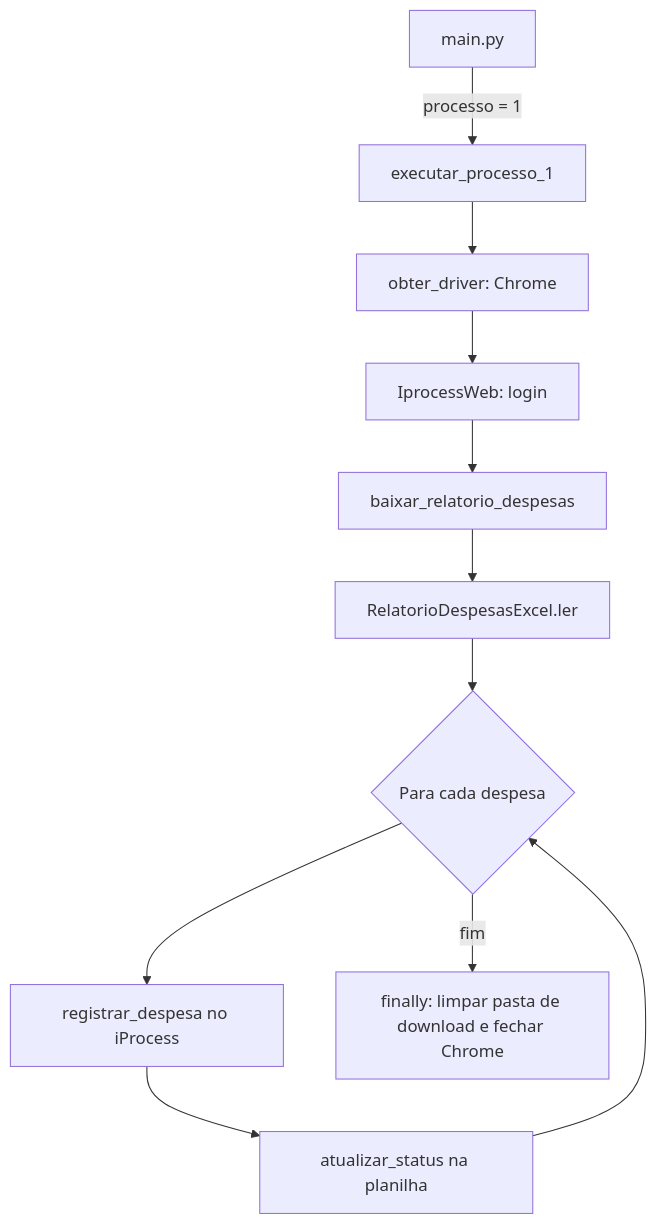
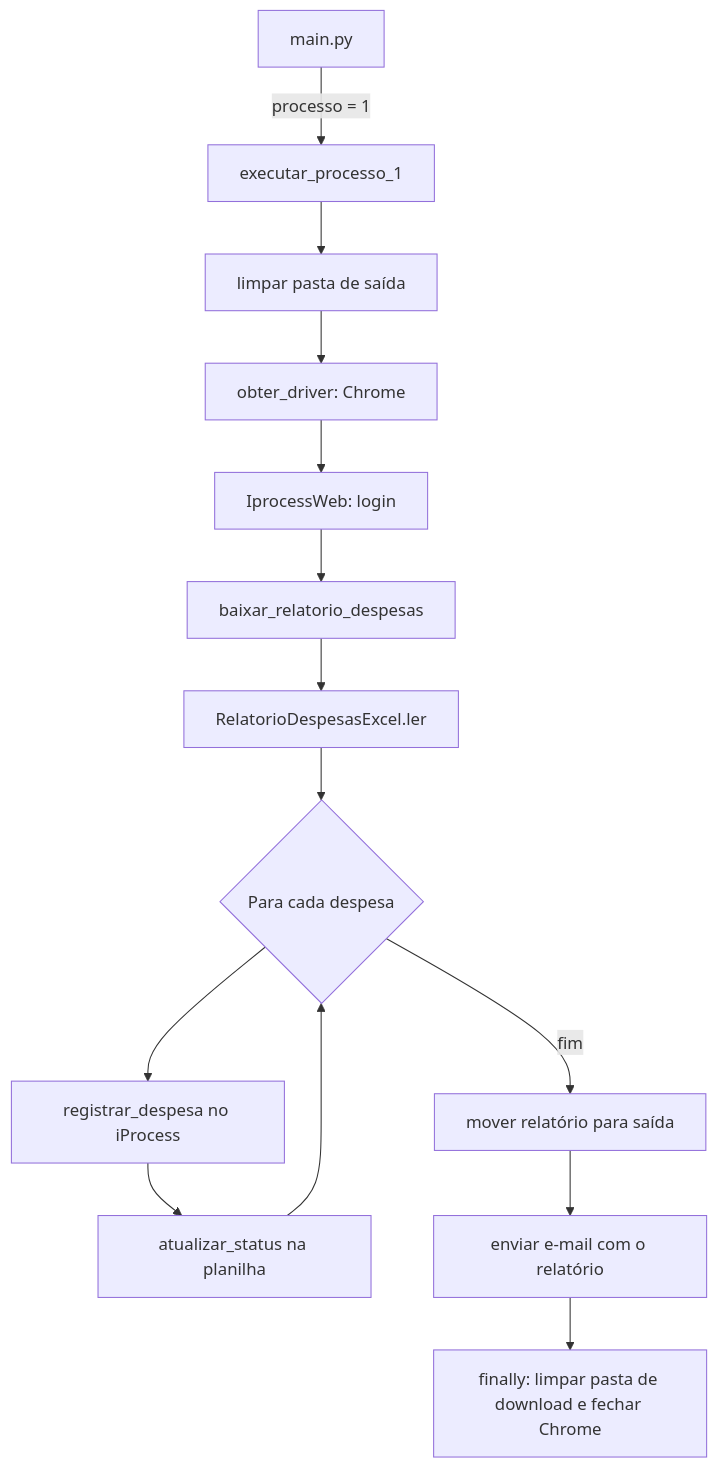
One commit to joaosoares-marvila/rpa-exemplo changed the second of 2 diagrams in README.md. Above: the diagram before and after it, drawn with Mermaid. The commit also changed other lines of this file, not shown here.

Commit message:
Atualiza o README com a documentação do processo 2 e a nova organização dos parâmetros de execução

````diff
--- a/README.md
+++ b/README.md
@@ -67,13 +103,16 @@
 ```mermaid
 flowchart TD
     A[main.py] -->|processo = 1| B[executar_processo_1]
-    B --> C[obter_driver: Chrome]
+    B --> B1[limpar pasta de saída]
+    B1 --> C[obter_driver: Chrome]
     C --> D[IprocessWeb: login]
     D --> E[baixar_relatorio_despesas]
     E --> F[RelatorioDespesasExcel.ler]
     F --> G{Para cada despesa}
     G --> H[registrar_despesa no iProcess]
     H --> I[atualizar_status na planilha]
     I --> G
-    G -->|fim| J[finally: limpar pasta de download e fechar Chrome]
+    G -->|fim| G1[mover relatório para saída]
+    G1 --> G2[enviar e-mail com o relatório]
+    G2 --> J[finally: limpar pasta de download e fechar Chrome]
 ```
````
